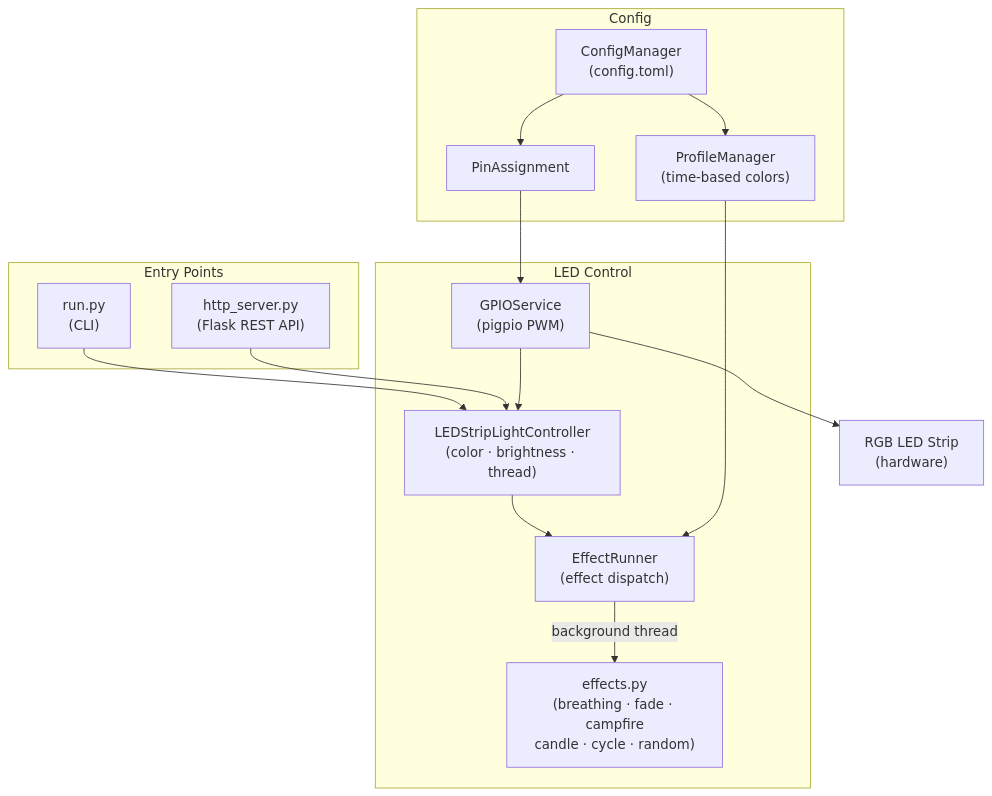
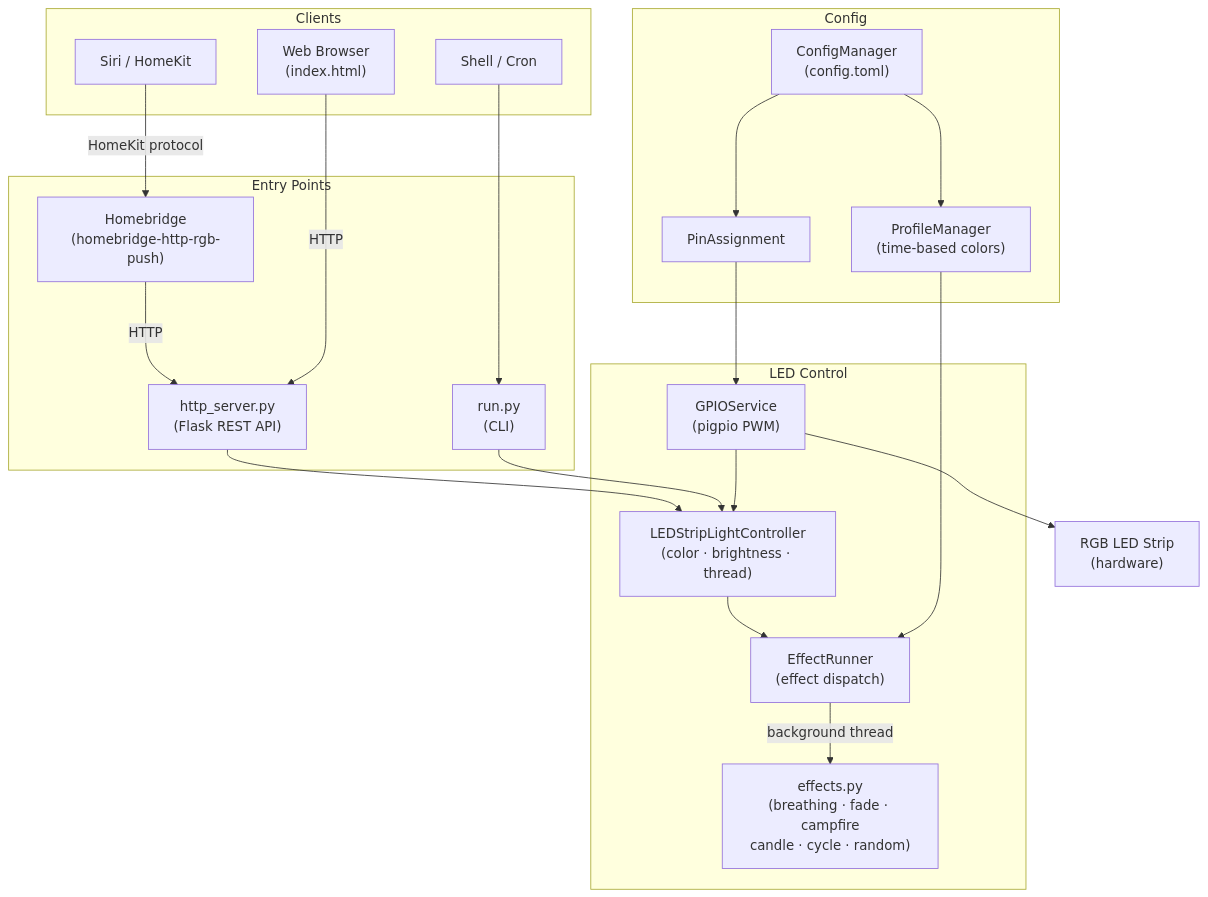
Before and after one commit to janrothen/led-strip-light: the diagram in README.md, drawn with Mermaid.

Commit message:
docs: expand architecture diagram with clients and Homebridge
Adds a Clients subgraph (Siri/HomeKit, Web Browser, Shell/Cron) and
shows Homebridge as the bridge between HomeKit and the Flask REST API.

````diff
--- a/README.md
+++ b/README.md
@@ -38,33 +38,45 @@
 ```mermaid
 graph TD
+    subgraph Clients
+        SIRI["Siri / HomeKit"]
+        WEBUI["Web Browser\n(index.html)"]
+        SHELL["Shell / Cron"]
+    end
+
     subgraph Entry Points
+        HB["Homebridge\n(homebridge-http-rgb-push)"]
+        HTTP["http_server.py\n(Flask REST API)"]
         CLI["run.py\n(CLI)"]
-        HTTP["http_server.py\n(Flask REST API)"]
     end
 
     subgraph Config
         CM["ConfigManager\n(config.toml)"]
         PA["PinAssignment"]
         PM["ProfileManager\n(time-based colors)"]
     end
 
     subgraph LED Control
         GPIO["GPIOService\n(pigpio PWM)"]
         CTRL["LEDStripLightController\n(color · brightness · thread)"]
         ER["EffectRunner\n(effect dispatch)"]
         EFX["effects.py\n(breathing · fade · campfire\ncandle · cycle · random)"]
     end
 
     HW["RGB LED Strip\n(hardware)"]
 
+    SIRI -->|"HomeKit protocol"| HB
+    HB -->|"HTTP"| HTTP
+    WEBUI -->|"HTTP"| HTTP
+    SHELL --> CLI
+
+    HTTP --> CTRL
     CLI --> CTRL
-    HTTP --> CTRL
     CM --> PA
     CM --> PM
     PA --> GPIO
     GPIO --> CTRL
     CTRL --> ER
     ER -->|"background thread"| EFX
     PM --> ER
     GPIO --> HW
 ```
````
